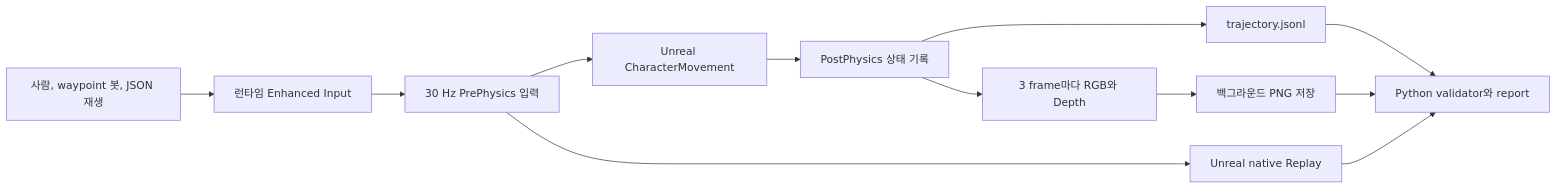
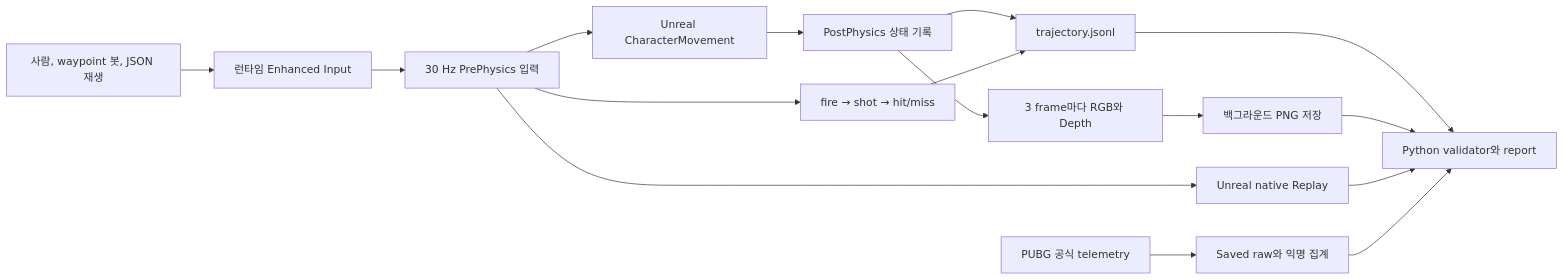
Before and after one commit to NearthYou/URLab: the diagram in README.md, drawn with Mermaid. The commit also changed other lines of this file and 24 other files, not shown here.

````diff
--- a/README.md
+++ b/README.md
@@ -57,14 +57,18 @@
 ```mermaid
 flowchart LR
     A["사람, waypoint 봇, JSON 재생"] --> B["런타임 Enhanced Input"]
     B --> C["30 Hz PrePhysics 입력"]
     C --> D["Unreal CharacterMovement"]
     D --> E["PostPhysics 상태 기록"]
     E --> F["trajectory.jsonl"]
+    C --> K["fire → shot → hit/miss"]
+    K --> F
     E --> G["3 frame마다 RGB와 Depth"]
     G --> H["백그라운드 PNG 저장"]
     C --> I["Unreal native Replay"]
     F --> J["Python validator와 report"]
     H --> J
     I --> J
+    L["PUBG 공식 telemetry"] --> M["Saved raw와 익명 집계"]
+    M --> J
 ```
````
